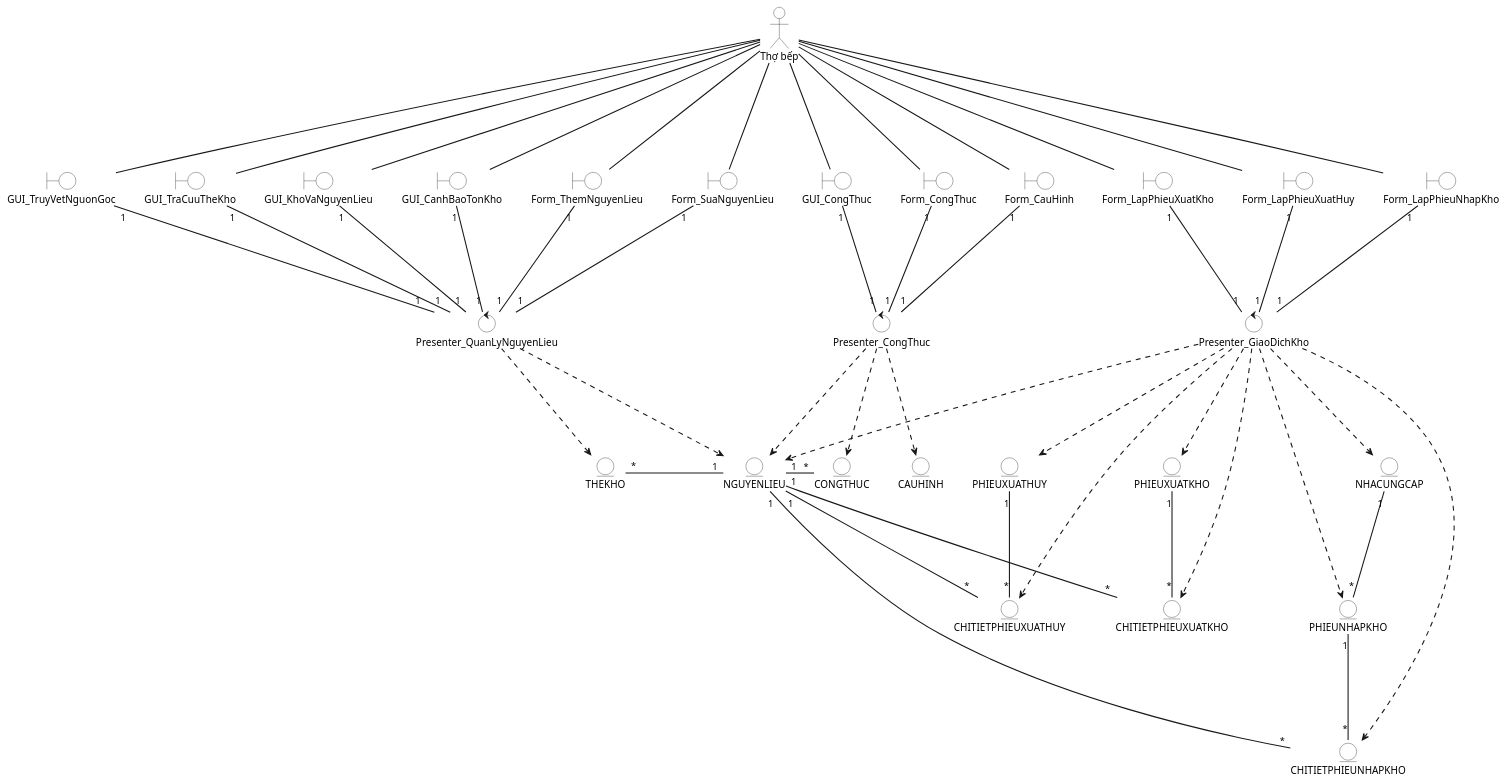
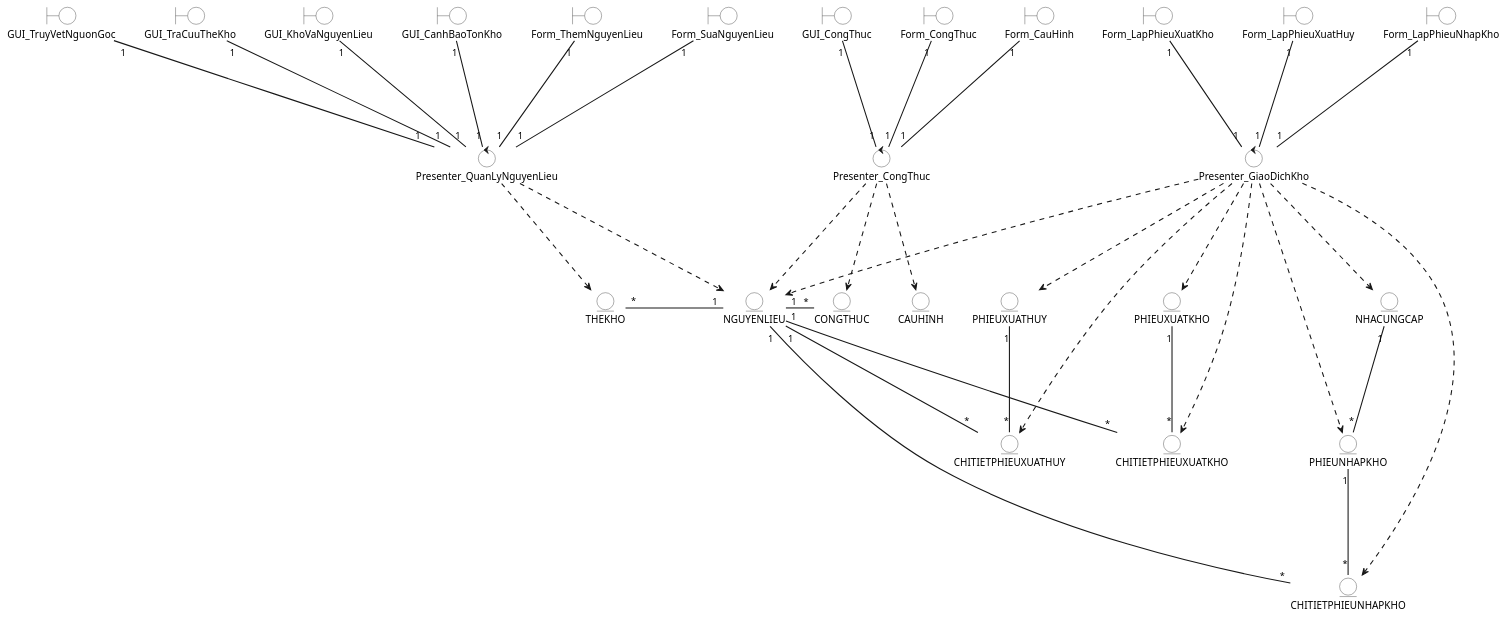
The diagram in diagram/class/general_class_for_actor/GeneralClass_ThoBep.puml (lancelotviendangkhoa710/IS-System-Development), drawn with PlantUML before and after one commit. The commit also changed 12 other files, not shown here.

Commit message:
fix general class diagram

```diff
--- a/diagram/class/general_class_for_actor/GeneralClass_ThoBep.puml
+++ b/diagram/class/general_class_for_actor/GeneralClass_ThoBep.puml
@@ -1,95 +1,95 @@
 @startuml GeneralClassDiagram_ThoBep
 top to bottom direction
 skinparam actorBackgroundColor White
 skinparam boundaryBackgroundColor White
 skinparam controlBackgroundColor White
 skinparam entityBackgroundColor White
 
 ' Điều chỉnh để thu hẹp chiều ngang và kéo giãn chiều dọc
 skinparam nodesep 40
 skinparam ranksep 150
 skinparam arrowThickness 1.5
 
-actor "Thợ bếp" as TB
+' actor "Thợ bếp" as TB
 
 boundary "Form_CauHinh"
 boundary "Form_CongThuc"
 boundary "Form_LapPhieuNhapKho"
 boundary "Form_LapPhieuXuatHuy"
 boundary "Form_LapPhieuXuatKho"
 boundary "Form_SuaNguyenLieu"
 boundary "Form_ThemNguyenLieu"
 boundary "GUI_CanhBaoTonKho"
 boundary "GUI_CongThuc"
 boundary "GUI_KhoVaNguyenLieu"
 boundary "GUI_TraCuuTheKho"
 boundary "GUI_TruyVetNguonGoc"
 
 control "Presenter_CongThuc"
 control "Presenter_GiaoDichKho"
 control "Presenter_QuanLyNguyenLieu"
 
 entity "CAUHINH"
 entity "CHITIETPHIEUNHAPKHO"
 entity "CHITIETPHIEUXUATHUY"
 entity "CHITIETPHIEUXUATKHO"
 entity "CONGTHUC"
 entity "NGUYENLIEU"
 entity "NHACUNGCAP"
 entity "PHIEUNHAPKHO"
 entity "PHIEUXUATHUY"
 entity "PHIEUXUATKHO"
 entity "THEKHO"
 
-TB -- Form_CauHinh
-TB -- Form_CongThuc
-TB -- Form_LapPhieuNhapKho
-TB -- Form_LapPhieuXuatHuy
-TB -- Form_LapPhieuXuatKho
-TB -- Form_SuaNguyenLieu
-TB -- Form_ThemNguyenLieu
-TB -- GUI_CanhBaoTonKho
-TB -- GUI_CongThuc
-TB -- GUI_KhoVaNguyenLieu
-TB -- GUI_TraCuuTheKho
-TB -- GUI_TruyVetNguonGoc
+' TB -- Form_CauHinh
+' TB -- Form_CongThuc
+' TB -- Form_LapPhieuNhapKho
+' TB -- Form_LapPhieuXuatHuy
+' TB -- Form_LapPhieuXuatKho
+' TB -- Form_SuaNguyenLieu
+' TB -- Form_ThemNguyenLieu
+' TB -- GUI_CanhBaoTonKho
+' TB -- GUI_CongThuc
+' TB -- GUI_KhoVaNguyenLieu
+' TB -- GUI_TraCuuTheKho
+' TB -- GUI_TruyVetNguonGoc
 
 Presenter_CongThuc "1" -up- "1" Form_CauHinh
 Presenter_CongThuc "1" -up- "1" Form_CongThuc
 Presenter_CongThuc "1" -up- "1" GUI_CongThuc
 Presenter_CongThuc .down.> CAUHINH
 Presenter_CongThuc .down.> CONGTHUC
 Presenter_CongThuc .down.> NGUYENLIEU
 
 Presenter_GiaoDichKho "1" -up- "1" Form_LapPhieuNhapKho
 Presenter_GiaoDichKho "1" -up- "1" Form_LapPhieuXuatHuy
 Presenter_GiaoDichKho "1" -up- "1" Form_LapPhieuXuatKho
 Presenter_GiaoDichKho .down.> CHITIETPHIEUNHAPKHO
 Presenter_GiaoDichKho .down.> CHITIETPHIEUXUATHUY
 Presenter_GiaoDichKho .down.> CHITIETPHIEUXUATKHO
 Presenter_GiaoDichKho .down.> NGUYENLIEU
 Presenter_GiaoDichKho .down.> NHACUNGCAP
 Presenter_GiaoDichKho .down.> PHIEUNHAPKHO
 Presenter_GiaoDichKho .down.> PHIEUXUATHUY
 Presenter_GiaoDichKho .down.> PHIEUXUATKHO
 
 Presenter_QuanLyNguyenLieu "1" -up- "1" Form_SuaNguyenLieu
 Presenter_QuanLyNguyenLieu "1" -up- "1" Form_ThemNguyenLieu
 Presenter_QuanLyNguyenLieu "1" -up- "1" GUI_CanhBaoTonKho
 Presenter_QuanLyNguyenLieu "1" -up- "1" GUI_KhoVaNguyenLieu
 Presenter_QuanLyNguyenLieu "1" -up- "1" GUI_TraCuuTheKho
 Presenter_QuanLyNguyenLieu "1" -up- "1" GUI_TruyVetNguonGoc
 Presenter_QuanLyNguyenLieu .down.> NGUYENLIEU
 Presenter_QuanLyNguyenLieu .down.> THEKHO
 
 NGUYENLIEU "1" -- "*" CHITIETPHIEUNHAPKHO
 NGUYENLIEU "1" -- "*" CHITIETPHIEUXUATHUY
 NGUYENLIEU "1" -- "*" CHITIETPHIEUXUATKHO
 NGUYENLIEU "1" -left- "*" THEKHO
 NGUYENLIEU "1" -right- "*" CONGTHUC
 NHACUNGCAP "1" -- "*" PHIEUNHAPKHO
 PHIEUNHAPKHO "1" -- "*" CHITIETPHIEUNHAPKHO
 PHIEUXUATHUY "1" -- "*" CHITIETPHIEUXUATHUY
 PHIEUXUATKHO "1" -- "*" CHITIETPHIEUXUATKHO
 
 @enduml
```
